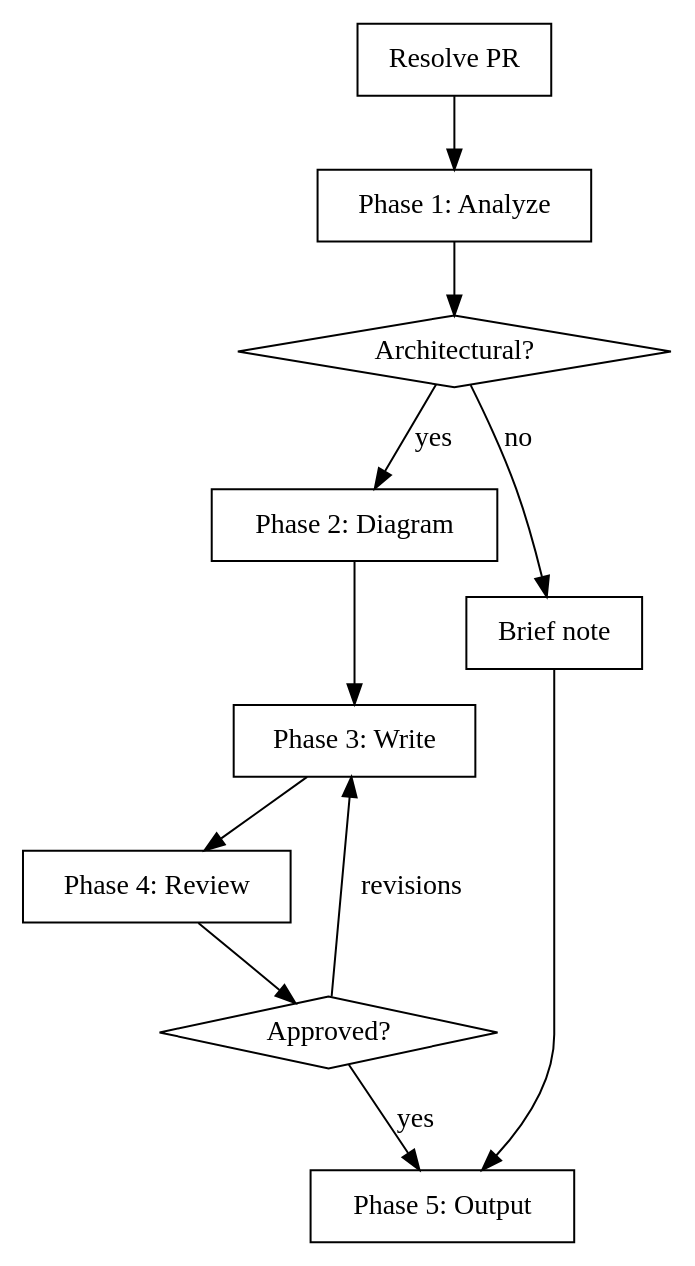
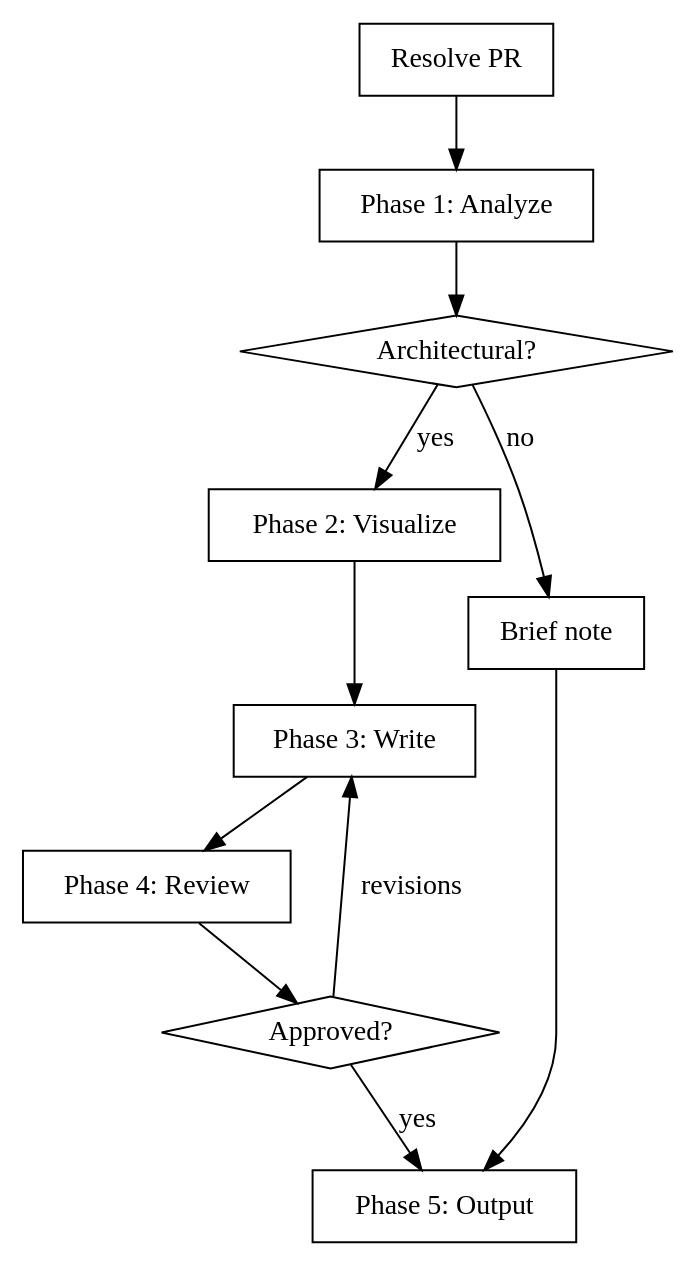
One commit to AlemTuzlak/skills changed the diagram in architecture-impact/SKILL.md. Above: the diagram before and after it, drawn with Graphviz. The commit also changed other lines of this file, not shown here.

First line of the commit message:
rewrite(architecture-impact): decision-maker focus, research-backed techniques

````diff
--- a/architecture-impact/SKILL.md
+++ b/architecture-impact/SKILL.md
@@ -26,25 +33,25 @@
 ```dot
 digraph architecture_impact {
     rankdir=TB;
     "Resolve PR" [shape=box];
     "Phase 1: Analyze" [shape=box];
     "Architectural?" [shape=diamond];
-    "Phase 2: Diagram" [shape=box];
+    "Phase 2: Visualize" [shape=box];
     "Phase 3: Write" [shape=box];
     "Phase 4: Review" [shape=box];
     "Approved?" [shape=diamond];
     "Phase 5: Output" [shape=box];
     "Brief note" [shape=box];
 
     "Resolve PR" -> "Phase 1: Analyze";
     "Phase 1: Analyze" -> "Architectural?";
-    "Architectural?" -> "Phase 2: Diagram" [label="yes"];
+    "Architectural?" -> "Phase 2: Visualize" [label="yes"];
     "Architectural?" -> "Brief note" [label="no"];
     "Brief note" -> "Phase 5: Output";
-    "Phase 2: Diagram" -> "Phase 3: Write";
+    "Phase 2: Visualize" -> "Phase 3: Write";
     "Phase 3: Write" -> "Phase 4: Review";
     "Phase 4: Review" -> "Approved?";
     "Approved?" -> "Phase 3: Write" [label="revisions"];
     "Approved?" -> "Phase 5: Output" [label="yes"];
 }
 ```
````
